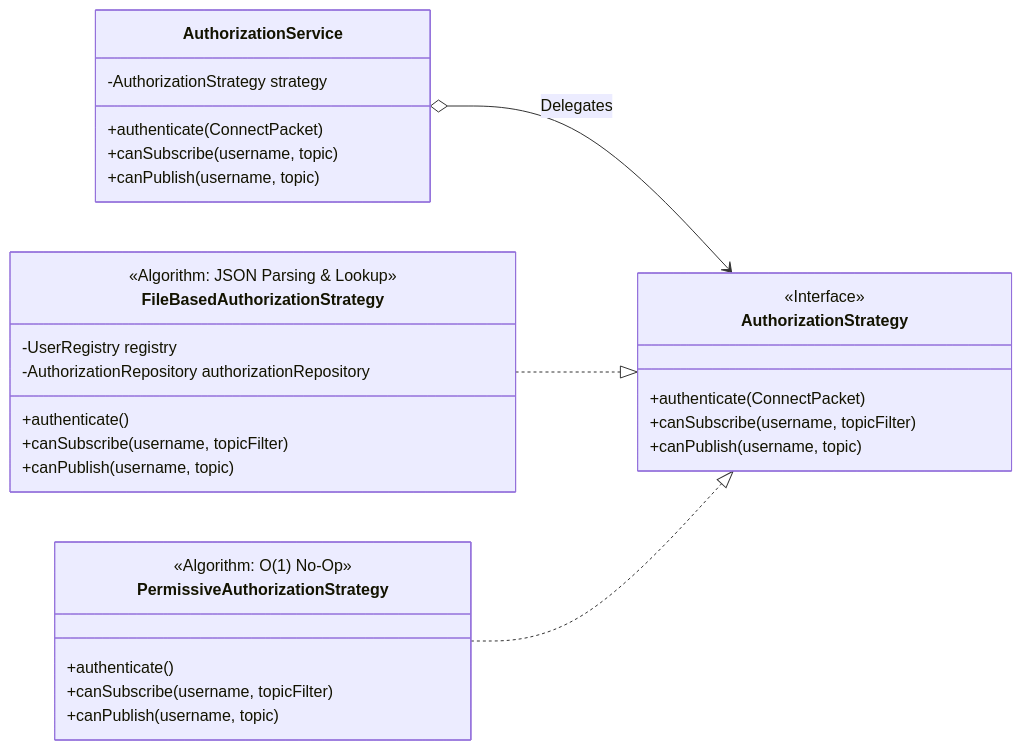
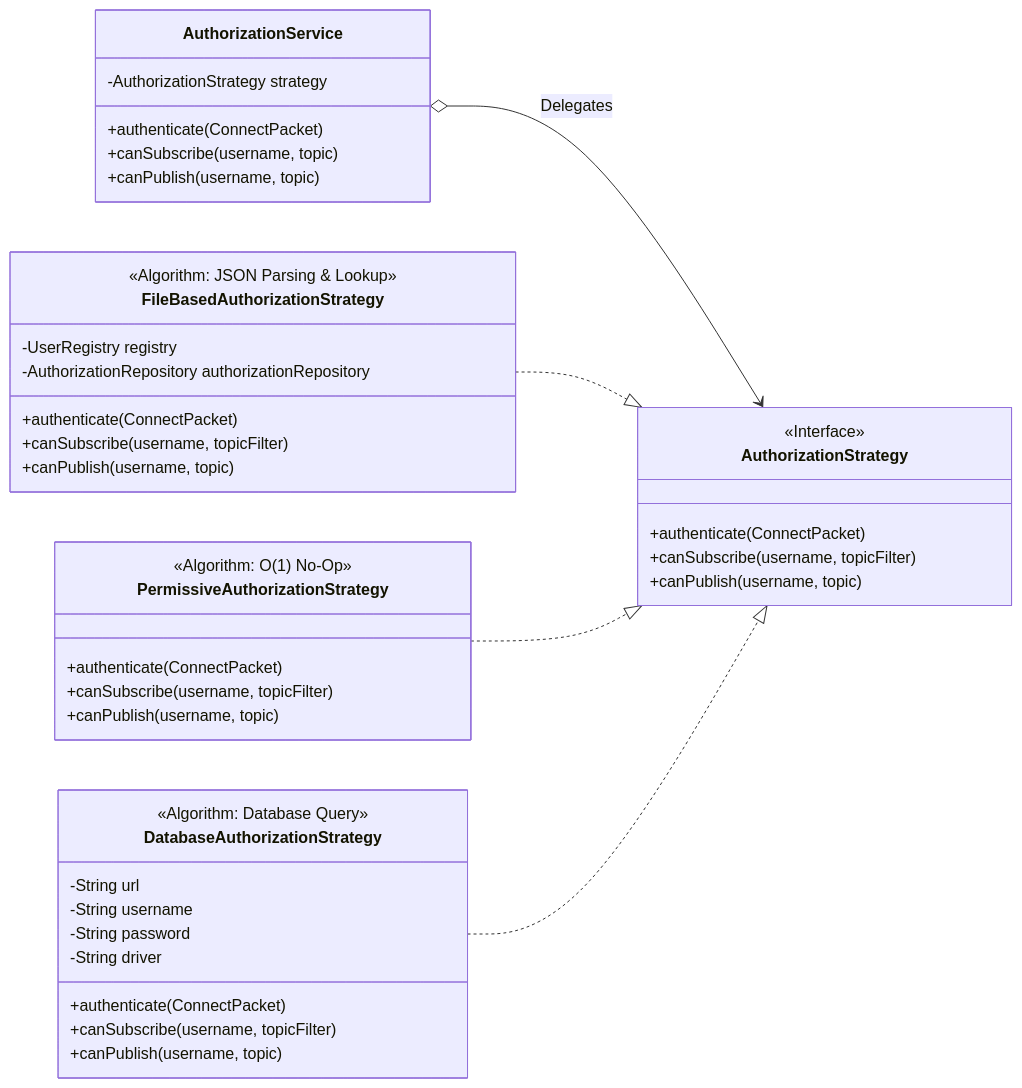
Before and after one commit to karolbystrek/mqtt-broker: the third of 15 diagrams in README.md, drawn with Mermaid. The commit also changed other lines of this file, not shown here.

Commit message:
readme diagram changes

````diff
--- a/README.md
+++ b/README.md
@@ -171,41 +171,55 @@
 ```mermaid
 classDiagram
     direction LR
     %% Context
     class AuthorizationService {
         -AuthorizationStrategy strategy
         +authenticate(ConnectPacket)
         +canSubscribe(username, topic)
         +canPublish(username, topic)
     }
 
     %% Interface
     class AuthorizationStrategy {
         <<Interface>>
         +authenticate(ConnectPacket)
         +canSubscribe(username, topicFilter)
         +canPublish(username, topic)
     }
 
     %% Algorithm A: No-Op
     class PermissiveAuthorizationStrategy {
         <<Algorithm: O(1) No-Op>>
-        +authenticate()
+        +authenticate(ConnectPacket)
         +canSubscribe(username, topicFilter)
         +canPublish(username, topic)
     }
 
     %% Algorithm B: I/O Bound
     class FileBasedAuthorizationStrategy {
         <<Algorithm: JSON Parsing & Lookup>>
         -UserRegistry registry
         -AuthorizationRepository authorizationRepository
-        +authenticate()
+        +authenticate(ConnectPacket)
+        +canSubscribe(username, topicFilter)
+        +canPublish(username, topic)
+    }
+
+    class DatabaseAuthorizationStrategy {
+        <<Algorithm: Database Query>>
+        -String url
+        -String username
+        -String password
+        -String driver
+        +authenticate(ConnectPacket)
         +canSubscribe(username, topicFilter)
         +canPublish(username, topic)
     }
 
     AuthorizationService o--> AuthorizationStrategy : Delegates
     FileBasedAuthorizationStrategy ..|> AuthorizationStrategy
     PermissiveAuthorizationStrategy ..|> AuthorizationStrategy
+    DatabaseAuthorizationStrategy ..|> AuthorizationStrategy
+
+
 ```
````
